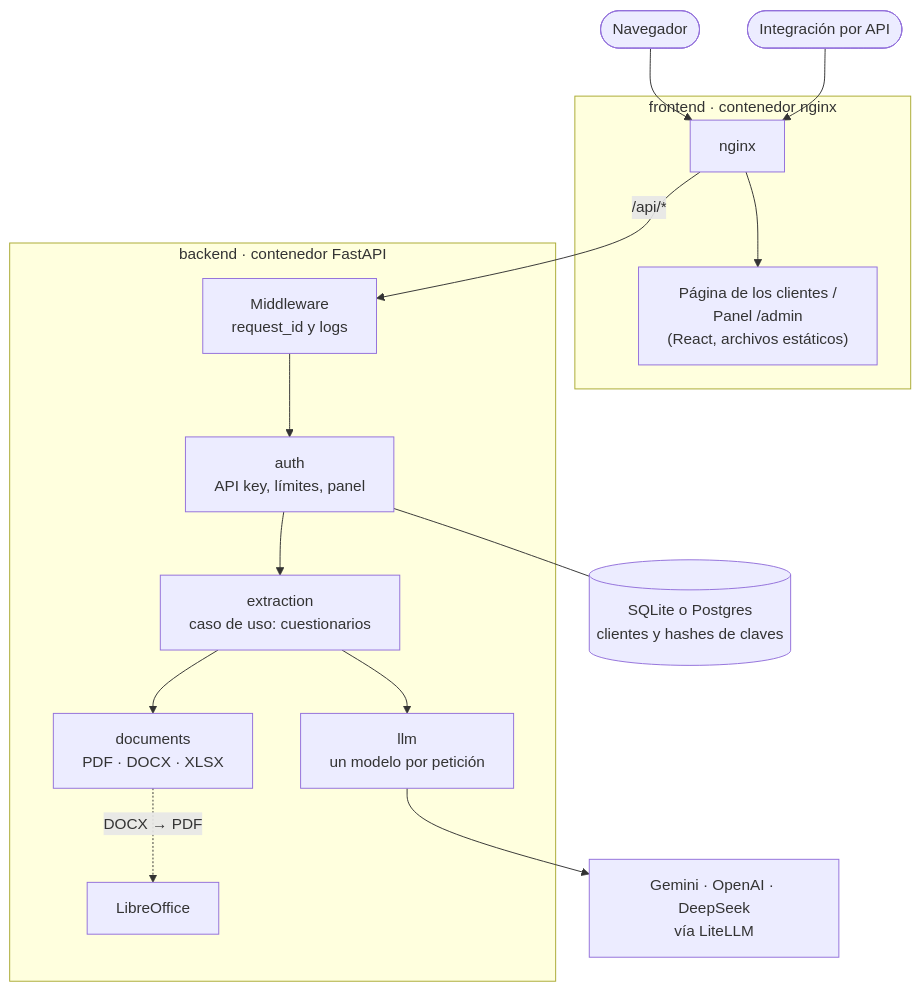
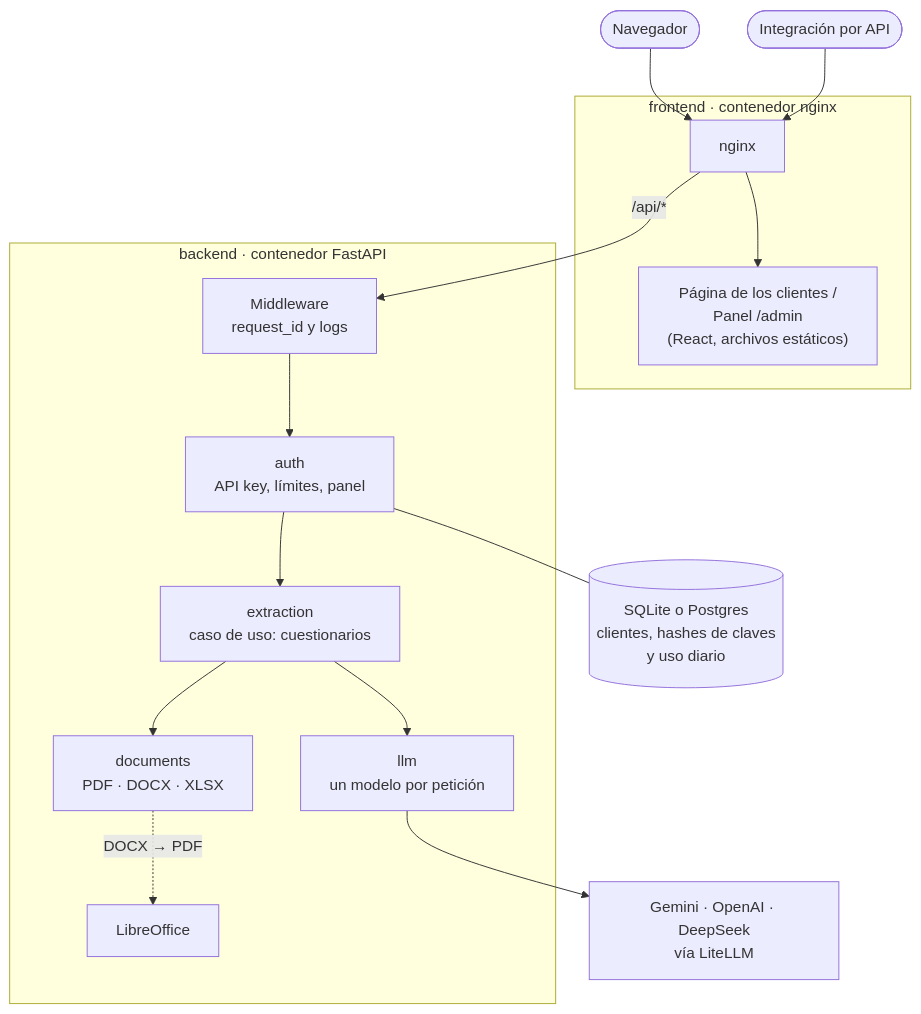
Before and after one commit to lStiven/giunti: the first of 6 diagrams in guia/funcionamiento.md, drawn with Mermaid. The commit also changed other lines of this file and 22 other files, not shown here.

````diff
--- a/guia/funcionamiento.md
+++ b/guia/funcionamiento.md
@@ -11,18 +11,18 @@
 ```mermaid
 flowchart TB
     U(["Navegador"]) --> N
     I(["Integración por API"]) --> N
     subgraph FE["frontend · contenedor nginx"]
         N["nginx"] --> S["Página de los clientes /<br/>Panel /admin<br/>(React, archivos estáticos)"]
     end
     N -- "/api/*" --> M
     subgraph BE["backend · contenedor FastAPI"]
         M["Middleware<br/>request_id y logs"] --> A["auth<br/>API key, límites, panel"]
         A --> X["extraction<br/>caso de uso: cuestionarios"]
         X --> D["documents<br/>PDF · DOCX · XLSX"]
         X --> L["llm<br/>un modelo por petición"]
         D -. "DOCX → PDF" .-> LO["LibreOffice"]
     end
-    A --- DB[("SQLite o Postgres<br/>clientes y hashes de claves")]
+    A --- DB[("SQLite o Postgres<br/>clientes, hashes de claves<br/>y uso diario")]
     L --> P["Gemini · OpenAI · DeepSeek<br/>vía LiteLLM"]
 ```
````
